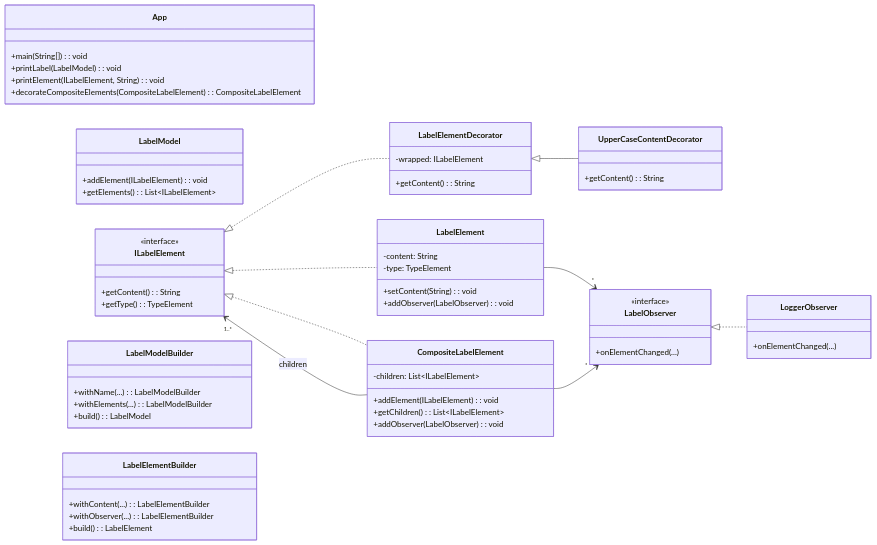
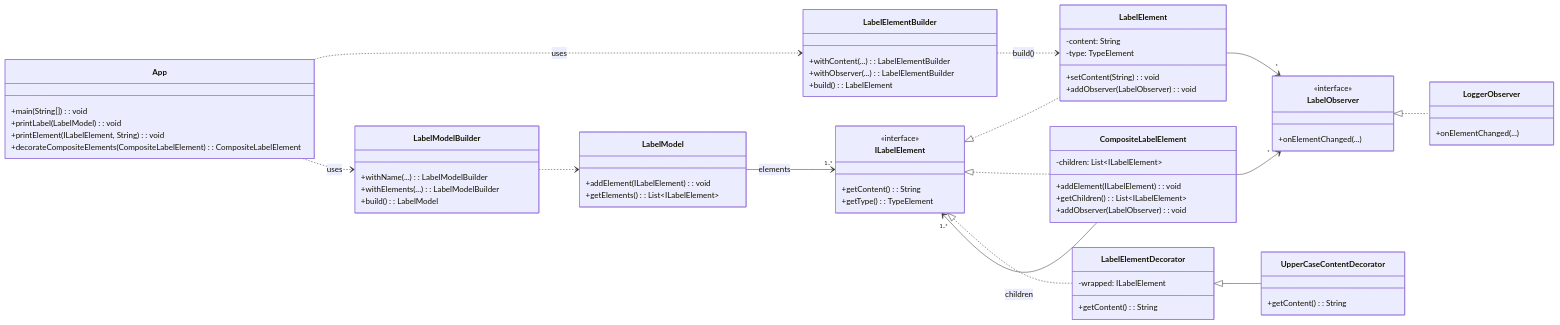
The first of 2 diagrams in README.md (Damien610/4ESGI_DP_LABELDESIGNER), drawn with Mermaid before and after one commit. The commit also changed other lines of this file, not shown here.

Commit message:
fix diagramme

````diff
--- a/README.md
+++ b/README.md
@@ -86,76 +86,83 @@
 ```mermaid
 classDiagram
     direction LR
 
     class App {
         +main(String[]): void
         +printLabel(LabelModel): void
         +printElement(ILabelElement, String): void
         +decorateCompositeElements(CompositeLabelElement): CompositeLabelElement
     }
 
     class LabelModel {
         +addElement(ILabelElement): void
         +getElements(): List~ILabelElement~
     }
 
     class ILabelElement {
         <<interface>>
         +getContent(): String
         +getType(): TypeElement
     }
 
     class LabelElement {
         -content: String
         -type: TypeElement
         +setContent(String): void
         +addObserver(LabelObserver): void
     }
 
     class CompositeLabelElement {
         -children: List~ILabelElement~
         +addElement(ILabelElement): void
         +getChildren(): List~ILabelElement~
         +addObserver(LabelObserver): void
     }
 
     class LabelElementDecorator {
         -wrapped: ILabelElement
         +getContent(): String
     }
 
     class UpperCaseContentDecorator {
         +getContent(): String
     }
 
     class LabelModelBuilder {
         +withName(...): LabelModelBuilder
         +withElements(...): LabelModelBuilder
         +build(): LabelModel
     }
 
     class LabelElementBuilder {
         +withContent(...): LabelElementBuilder
         +withObserver(...): LabelElementBuilder
         +build(): LabelElement
     }
 
     class LabelObserver {
         <<interface>>
         +onElementChanged(...)
     }
 
     class LoggerObserver {
         +onElementChanged(...)
     }
 
     ILabelElement <|.. LabelElement
     ILabelElement <|.. CompositeLabelElement
     ILabelElement <|.. LabelElementDecorator
     LabelElementDecorator <|-- UpperCaseContentDecorator
 
     CompositeLabelElement --> "1..*" ILabelElement : children
     LabelElement --> "*" LabelObserver
     CompositeLabelElement --> "*" LabelObserver
     LabelObserver <|.. LoggerObserver
+    App ..> LabelElementBuilder : uses
+    App ..> LabelModelBuilder : uses
+    LabelModelBuilder ..> LabelModel
+    LabelModel --> "1..*" ILabelElement : elements
+    LabelElementBuilder ..> LabelElement : build()
+
+
 ```
````
